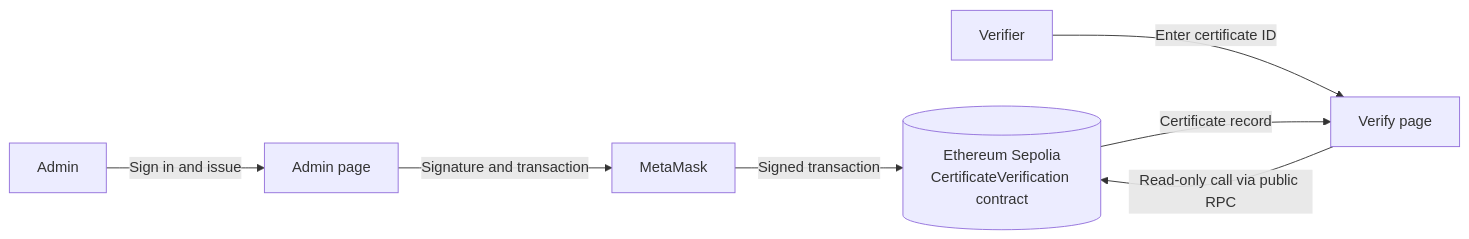
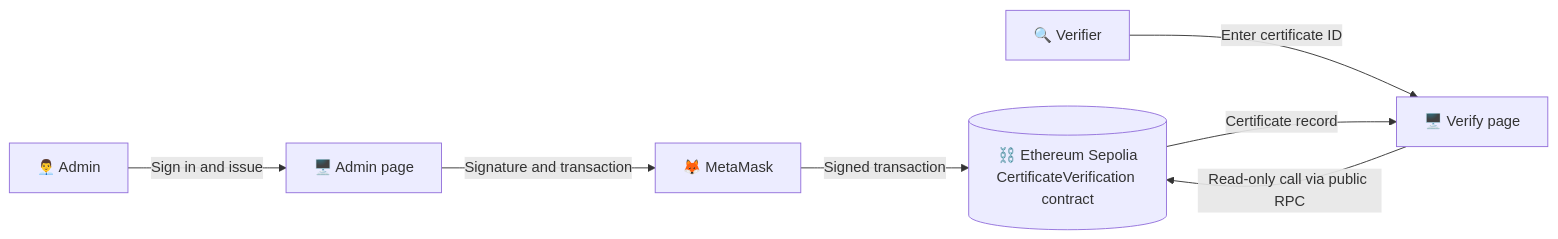
The diagram in README.md (AbhishekTC-stack/Etherum-project---certification-), drawn with Mermaid before and after one commit. The commit also changed other lines of this file, not shown here.

````diff
--- a/README.md
+++ b/README.md
@@ -77,9 +94,9 @@
 ```mermaid
 flowchart LR
-    A[Admin] -->|Sign in and issue| B[Admin page]
-    B -->|Signature and transaction| C[MetaMask]
-    C -->|Signed transaction| D[(Ethereum Sepolia<br/>CertificateVerification contract)]
-    V[Verifier] -->|Enter certificate ID| E[Verify page]
+    A[👨‍💼 Admin] -->|Sign in and issue| B[🖥️ Admin page]
+    B -->|Signature and transaction| C[🦊 MetaMask]
+    C -->|Signed transaction| D[(⛓️ Ethereum Sepolia<br/>CertificateVerification contract)]
+    V[🔍 Verifier] -->|Enter certificate ID| E[🖥️ Verify page]
     E -->|Read-only call via public RPC| D
     D -->|Certificate record| E
 ```
````
